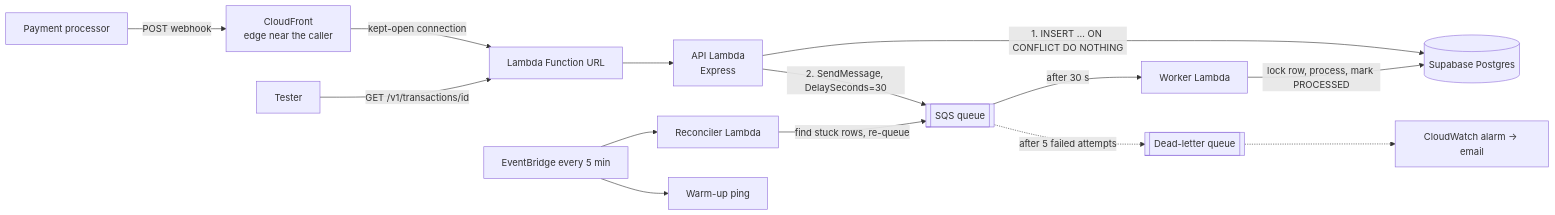
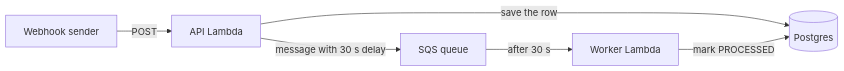
Before and after one commit to priyanshirathour16/transaction-webhook-service: the diagram in README.md, drawn with Mermaid. The commit also changed other lines of this file and 4 other files, not shown here.

````diff
--- a/README.md
+++ b/README.md
@@ -35,16 +30,8 @@
 ```mermaid
 flowchart LR
-    PP[Payment processor] -->|POST webhook| CF[CloudFront<br/>edge near the caller]
-    CF -->|kept-open connection| FU[Lambda Function URL]
-    FU --> API[API Lambda<br/>Express]
-    API -->|1. INSERT … ON CONFLICT DO NOTHING| DB[(Supabase Postgres)]
-    API -->|2. SendMessage, DelaySeconds=30| Q[[SQS queue]]
-    Q -->|after 30 s| W[Worker Lambda]
-    W -->|lock row, process, mark PROCESSED| DB
-    Q -.->|after 5 failed attempts| DLQ[[Dead-letter queue]]
-    DLQ -.-> AL[CloudWatch alarm → email]
-    EB[EventBridge every 5 min] --> REC[Reconciler Lambda]
-    REC -->|find stuck rows, re-queue| Q
-    EB --> WARM[Warm-up ping]
-    TESTER[Tester] -->|GET /v1/transactions/id| FU
+    A[Webhook sender] -->|POST| B[API Lambda]
+    B -->|save the row| C[(Postgres)]
+    B -->|message with 30 s delay| D[SQS queue]
+    D -->|after 30 s| E[Worker Lambda]
+    E -->|mark PROCESSED| C
 ```
````
